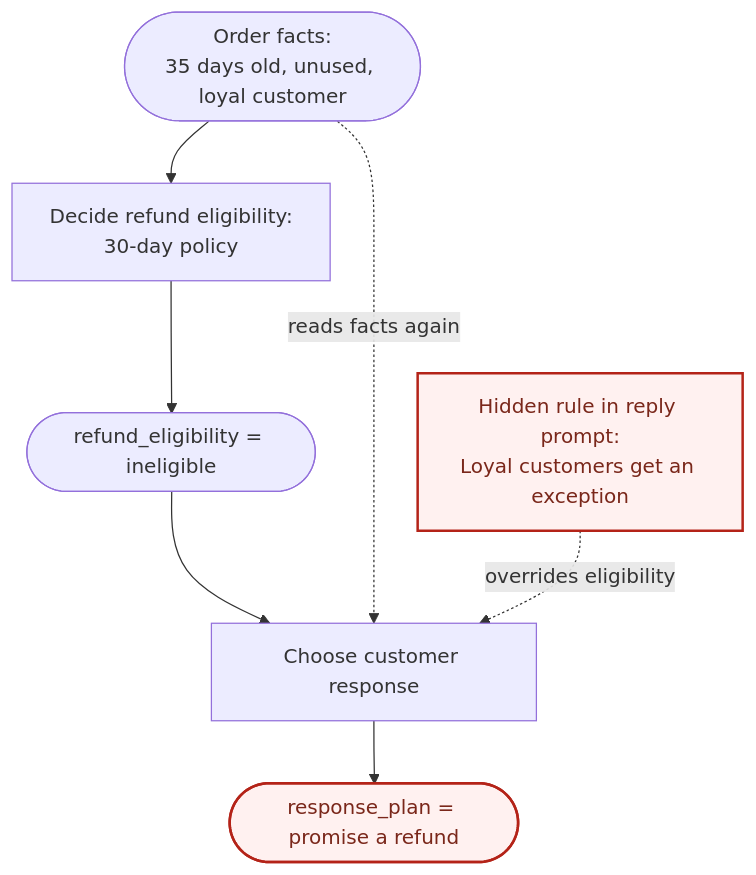
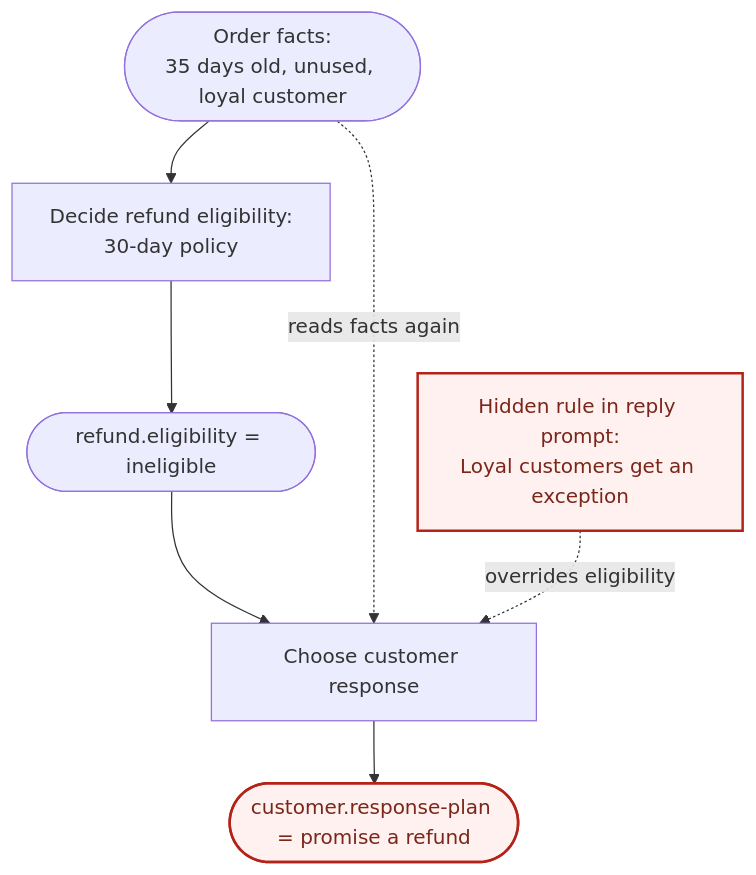
Before and after one commit to hpark0011/decision-engineering: the sixth of 7 diagrams in README.md, drawn with Mermaid. The commit also changed other lines of this file and 6 other files, not shown here.

Commit message:
reconcile drift between README, IDEA, SCHEMA

````diff
--- a/README.md
+++ b/README.md
@@ -160,11 +473,11 @@
 ```mermaid
 flowchart TD
     F([Order facts:<br/>35 days old, unused, loyal customer]) --> D1["Decide refund eligibility:<br/>30-day policy"]
-    D1 --> E([refund_eligibility = ineligible])
+    D1 --> E([refund.eligibility = ineligible])
     E --> D2[Choose customer response]
-    D2 --> R([response_plan = promise a refund])
+    D2 --> R([customer.response-plan = promise a refund])
     F -. reads facts again .-> D2
     P["Hidden rule in reply prompt:<br/>Loyal customers get an exception"] -. overrides eligibility .-> D2
     classDef problem fill:#fff1f0,stroke:#b42318,color:#7a271a,stroke-width:2px
     class P,R problem
 ```
````
